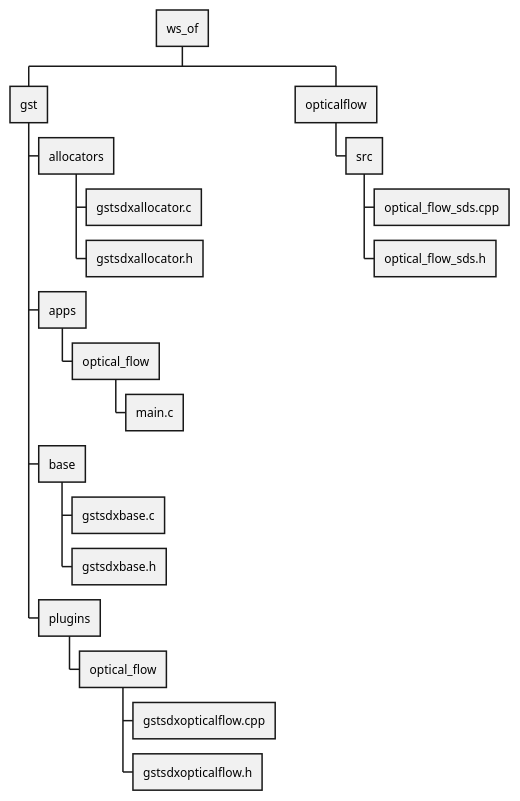
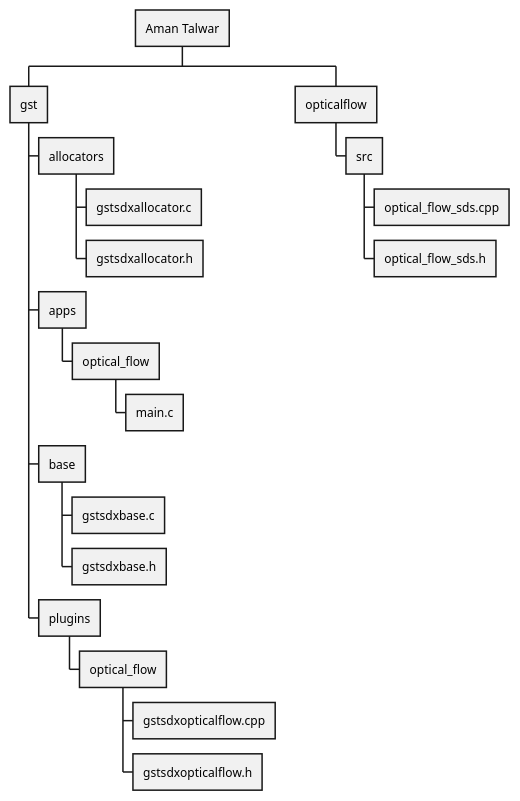
Before and after one commit to nkparmar/hello-world: the diagram in images/esp8266.iuml, drawn with PlantUML.

```diff
--- a/images/esp8266.iuml
+++ b/images/esp8266.iuml
@@ -1,21 +1,21 @@
 @startwbs
-* ws_of
+* Aman Talwar
 ** gst
 *** allocators
 **** gstsdxallocator.c
 **** gstsdxallocator.h
 *** apps
 **** optical_flow
 ***** main.c
 *** base
 **** gstsdxbase.c
 **** gstsdxbase.h
 *** plugins
 **** optical_flow
 ***** gstsdxopticalflow.cpp
 ***** gstsdxopticalflow.h
 ** opticalflow
 *** src
 **** optical_flow_sds.cpp
 **** optical_flow_sds.h
 @endwbs
```
